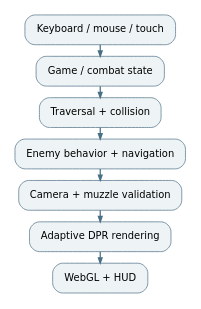
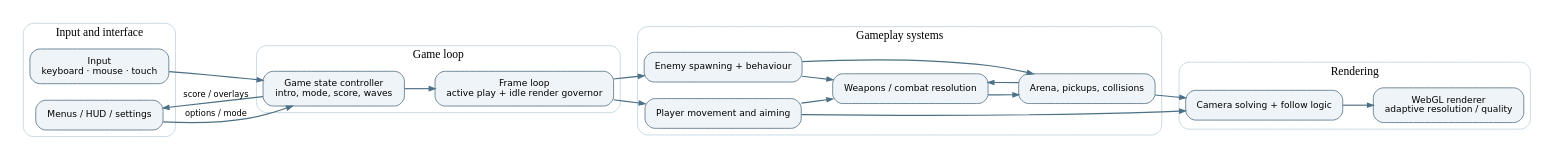
The diagram in docs/ARCHITECTURE.dot (alibaki89/Pencil-Arena), drawn with Graphviz before and after one commit. The commit also changed 10 other files, not shown here.

Commit message:
Improve game README, architecture and official itch.io gallery

```diff
--- a/docs/ARCHITECTURE.dot
+++ b/docs/ARCHITECTURE.dot
@@ -1,1 +1,51 @@
-digraph G { rankdir=TB; bgcolor="white"; pad="0.15"; nodesep="0.22"; ranksep="0.20"; node[shape=box,style="rounded,filled",color="#668397",fillcolor="#eef4f5",fontname="DejaVu Sans",fontsize=12,margin="0.20,0.13"]; edge[color="#487083",penwidth=1.5,arrowsize=0.65];n0[label="Keyboard / mouse / touch"];n1[label="Game / combat state"];n2[label="Traversal + collision"];n3[label="Enemy behavior + navigation"];n4[label="Camera + muzzle validation"];n5[label="Adaptive DPR rendering"];n6[label="WebGL + HUD"];n0->n1;n1->n2;n2->n3;n3->n4;n4->n5;n5->n6;}
+digraph G {
+  rankdir=LR;
+  graph [bgcolor="white", pad="0.18", nodesep="0.28", ranksep="0.5"];
+  node [shape=box, style="rounded,filled", color="#577387", fillcolor="#eef4f7", fontname="DejaVu Sans", fontsize=11, margin="0.18,0.12"];
+  edge [color="#4c7085", penwidth=1.4, arrowsize=0.7, fontname="DejaVu Sans", fontsize=10];
+
+  subgraph cluster_ui {
+    label="Input and interface"; color="#bfd3de"; style="rounded";
+    input [label="Input
+keyboard · mouse · touch"];
+    ui [label="Menus / HUD / settings"];
+  }
+
+  subgraph cluster_control {
+    label="Game loop"; color="#bfd3de"; style="rounded";
+    state [label="Game state controller
+intro, mode, score, waves"];
+    loop [label="Frame loop
+active play + idle render governor"];
+  }
+
+  subgraph cluster_gameplay {
+    label="Gameplay systems"; color="#bfd3de"; style="rounded";
+    player [label="Player movement and aiming"];
+    combat [label="Weapons / combat resolution"];
+    enemy [label="Enemy spawning + behaviour"];
+    world [label="Arena, pickups, collisions"];
+  }
+
+  subgraph cluster_render {
+    label="Rendering"; color="#bfd3de"; style="rounded";
+    camera [label="Camera solving + follow logic"];
+    render [label="WebGL renderer
+adaptive resolution / quality"];
+  }
+
+  input -> state;
+  ui -> state [label="options / mode"];
+  state -> loop;
+  loop -> player;
+  loop -> enemy;
+  player -> combat;
+  enemy -> combat;
+  world -> combat;
+  player -> camera;
+  enemy -> world;
+  combat -> world;
+  world -> camera;
+  camera -> render;
+  state -> ui [label="score / overlays"];
+}
```
